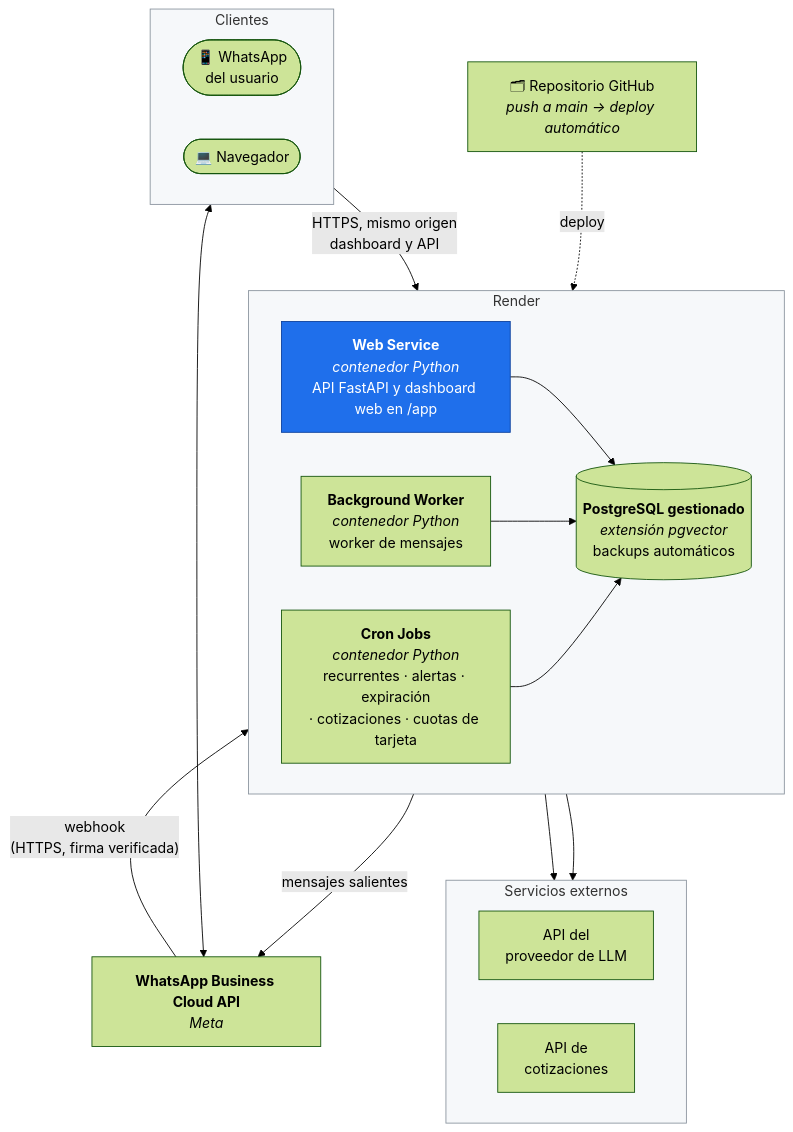
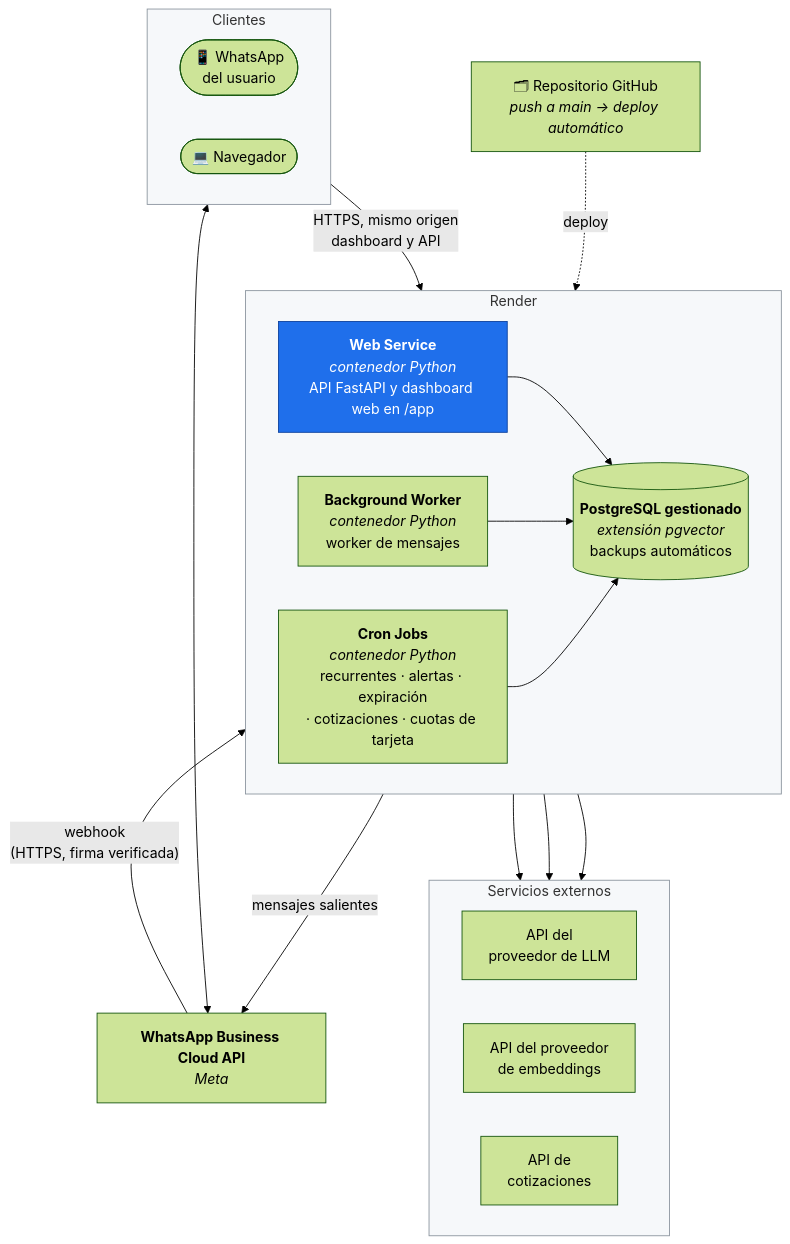
One commit to verozacarias-prog/AI4Devs-finalproject changed the fourth of 4 diagrams in docs/02-arquitectura.md. Above: the diagram before and after it, drawn with Mermaid (forest theme). The commit also changed other lines of this file and 25 other files, not shown here.

````diff
--- a/docs/02-arquitectura.md
+++ b/docs/02-arquitectura.md
@@ -213,41 +231,43 @@
 ```mermaid
 flowchart TB
     subgraph CLIENTES["Clientes"]
         direction LR
         PHONE(["📱 WhatsApp<br/>del usuario"])
         BROWSER(["💻 Navegador"])
     end
 
     DEV["🗂 Repositorio GitHub<br/><i>push a main → deploy automático</i>"]
     WACLOUD["<b>WhatsApp Business Cloud API</b><br/><i>Meta</i>"]
 
     subgraph RENDER["Render"]
         direction LR
         WEBSVC["<b>Web Service</b><br/><i>contenedor Python</i><br/>API FastAPI y dashboard web en /app"]
         BGW["<b>Background Worker</b><br/><i>contenedor Python</i><br/>worker de mensajes"]
         CRON["<b>Cron Jobs</b><br/><i>contenedor Python</i><br/>recurrentes · alertas · expiración<br/>· cotizaciones · cuotas de tarjeta"]
         PG[("<b>PostgreSQL gestionado</b><br/><i>extensión pgvector</i><br/>backups automáticos")]
     end
 
     subgraph EXT["Servicios externos"]
         direction LR
         LLMAPI["API del<br/>proveedor de LLM"]
+        EMBAPI["API del proveedor<br/>de embeddings"]
         FXAPI["API de<br/>cotizaciones"]
     end
 
     PHONE <--> WACLOUD
     BROWSER -->|"HTTPS, mismo origen<br/>dashboard y API"| WEBSVC
     DEV -.->|"deploy"| RENDER
     WACLOUD -->|"webhook<br/>(HTTPS, firma verificada)"| WEBSVC
     BGW -->|"mensajes salientes"| WACLOUD
     WEBSVC --> PG
     BGW --> PG
     BGW --> LLMAPI
+    BGW --> EMBAPI
     CRON --> PG
     CRON --> FXAPI
 
     style WEBSVC fill:#1f6feb,stroke:#0d419d,color:#fff
     style RENDER fill:#f6f8fa,stroke:#8b949e
     style EXT fill:#f6f8fa,stroke:#8b949e
     style CLIENTES fill:#f6f8fa,stroke:#8b949e
 ```
````
